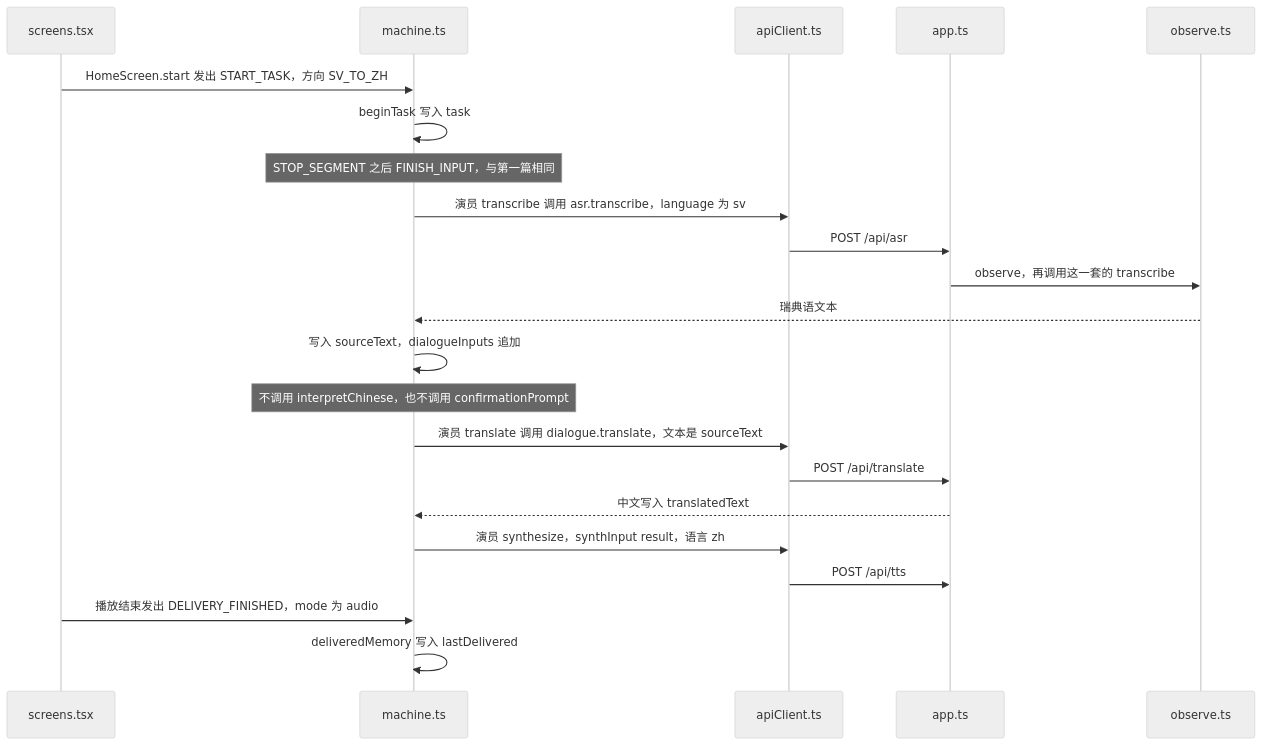
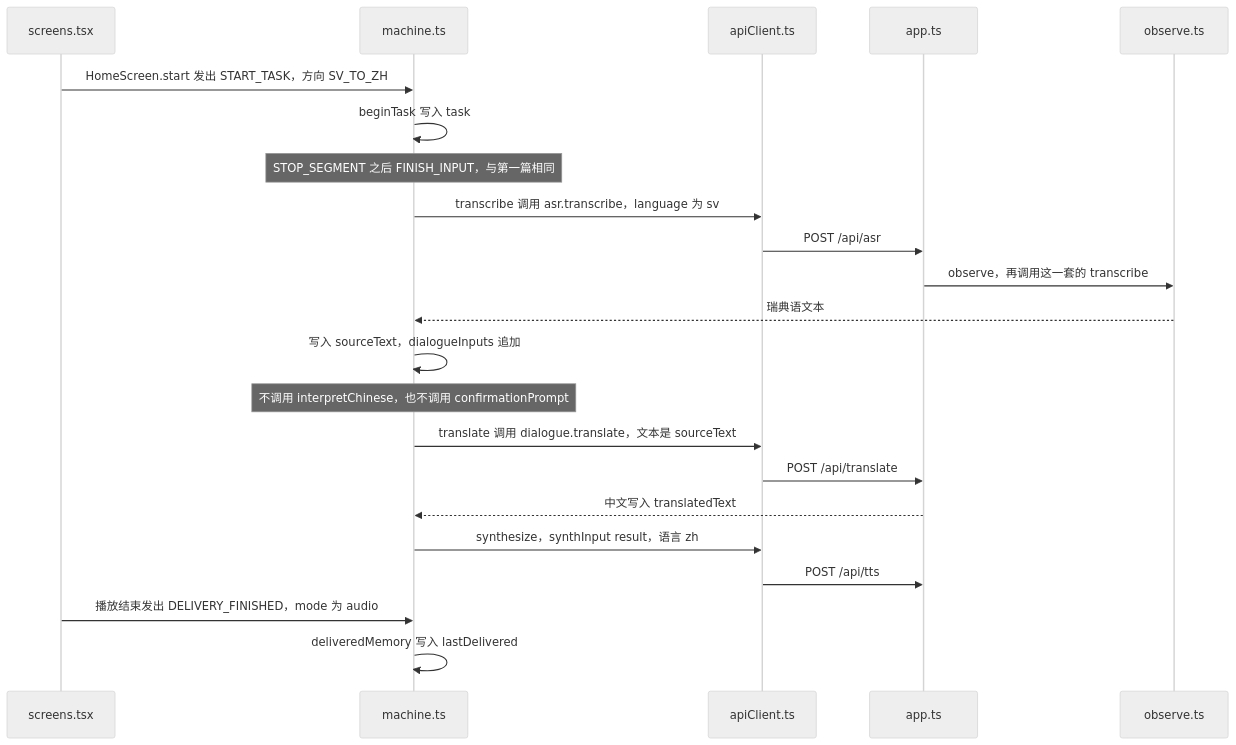
The diagram in docs/01-zh/09-代码详解/功能/03-说瑞典语翻成中文.md (SeanSha/LillaTolken), drawn with Mermaid (neutral theme) before and after one commit. The commit also changed 5 other files, not shown here.

````diff
--- a/docs/01-zh/09-代码详解/功能/03-说瑞典语翻成中文.md
+++ b/docs/01-zh/09-代码详解/功能/03-说瑞典语翻成中文.md
@@ -7,25 +7,25 @@
 ```mermaid
 sequenceDiagram
   participant UI as screens.tsx
   participant M as machine.ts
   participant API as apiClient.ts
   participant SV as app.ts
   participant OB as observe.ts
 
   UI->>M: HomeScreen.start 发出 START_TASK，方向 SV_TO_ZH
   M->>M: beginTask 写入 task
   Note over M: STOP_SEGMENT 之后 FINISH_INPUT，与第一篇相同
-  M->>API: 演员 transcribe 调用 asr.transcribe，language 为 sv
+  M->>API: transcribe 调用 asr.transcribe，language 为 sv
   API->>SV: POST /api/asr
   SV->>OB: observe，再调用这一套的 transcribe
   OB-->>M: 瑞典语文本
   M->>M: 写入 sourceText，dialogueInputs 追加
   Note over M: 不调用 interpretChinese，也不调用 confirmationPrompt
-  M->>API: 演员 translate 调用 dialogue.translate，文本是 sourceText
+  M->>API: translate 调用 dialogue.translate，文本是 sourceText
   API->>SV: POST /api/translate
   SV-->>M: 中文写入 translatedText
-  M->>API: 演员 synthesize，synthInput result，语言 zh
+  M->>API: synthesize，synthInput result，语言 zh
   API->>SV: POST /api/tts
   UI->>M: 播放结束发出 DELIVERY_FINISHED，mode 为 audio
   M->>M: deliveredMemory 写入 lastDelivered
 ```
````
